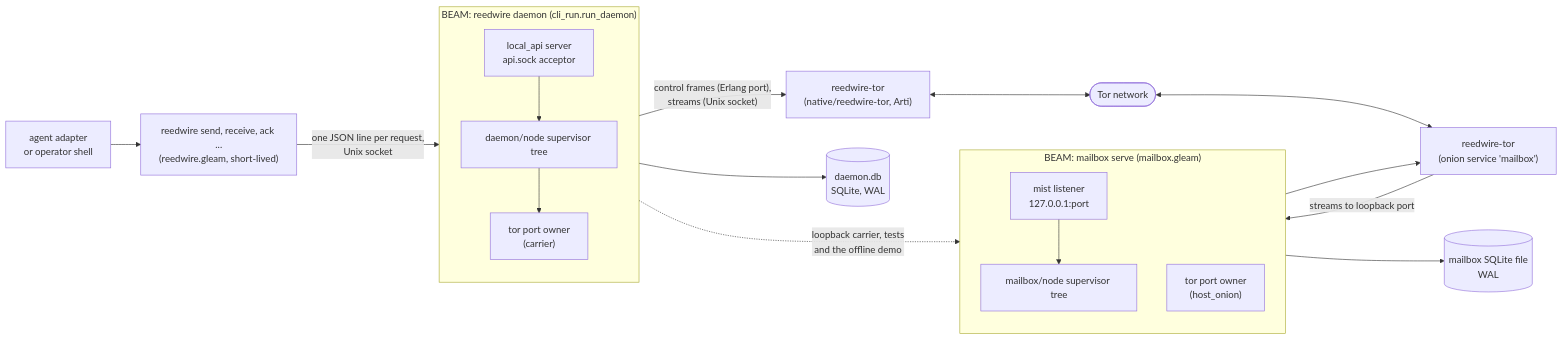
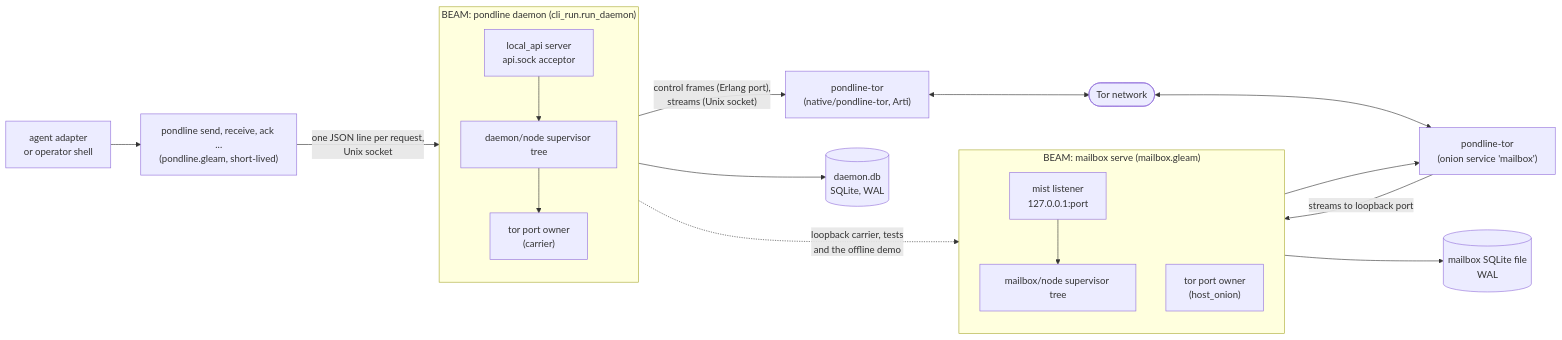
Before and after one commit to Roasbeef/pondline: the second of 6 diagrams in docs/architecture/system.md, drawn with Mermaid. The commit also changed other lines of this file and 44 other files, not shown here.

````diff
--- a/docs/architecture/system.md
+++ b/docs/architecture/system.md
@@ -90,40 +90,40 @@
 ```mermaid
 flowchart LR
     agent["agent adapter<br/>or operator shell"]
-    cli["reedwire send, receive, ack ...<br/>(reedwire.gleam, short-lived)"]
+    cli["pondline send, receive, ack ...<br/>(pondline.gleam, short-lived)"]
 
-    subgraph D["BEAM: reedwire daemon (cli_run.run_daemon)"]
+    subgraph D["BEAM: pondline daemon (cli_run.run_daemon)"]
         direction TB
         lapi["local_api server<br/>api.sock acceptor"]
         dtree["daemon/node supervisor tree"]
         dtor["tor port owner<br/>(carrier)"]
     end
 
-    sidecarD["reedwire-tor<br/>(native/reedwire-tor, Arti)"]
+    sidecarD["pondline-tor<br/>(native/pondline-tor, Arti)"]
 
     subgraph M["BEAM: mailbox serve (mailbox.gleam)"]
         direction TB
         mhttp["mist listener<br/>127.0.0.1:port"]
         mtree["mailbox/node supervisor tree"]
         mtor["tor port owner<br/>(host_onion)"]
     end
 
-    sidecarM["reedwire-tor<br/>(onion service 'mailbox')"]
+    sidecarM["pondline-tor<br/>(onion service 'mailbox')"]
     db1[("daemon.db<br/>SQLite, WAL")]
     db2[("mailbox SQLite file<br/>WAL")]
     net(["Tor network"])
 
     agent --> cli
     cli -- "one JSON line per request,<br/>Unix socket" --> lapi
     lapi --> dtree
     dtree --> db1
     dtree --> dtor
     dtor -- "control frames (Erlang port),<br/>streams (Unix socket)" --> sidecarD
     sidecarD <--> net
     net <--> sidecarM
     sidecarM -- "streams to loopback port" --> mhttp
     mtor --> sidecarM
     mhttp --> mtree
     mtree --> db2
     dtree -. "loopback carrier, tests<br/>and the offline demo" .-> mhttp
 ```
````
